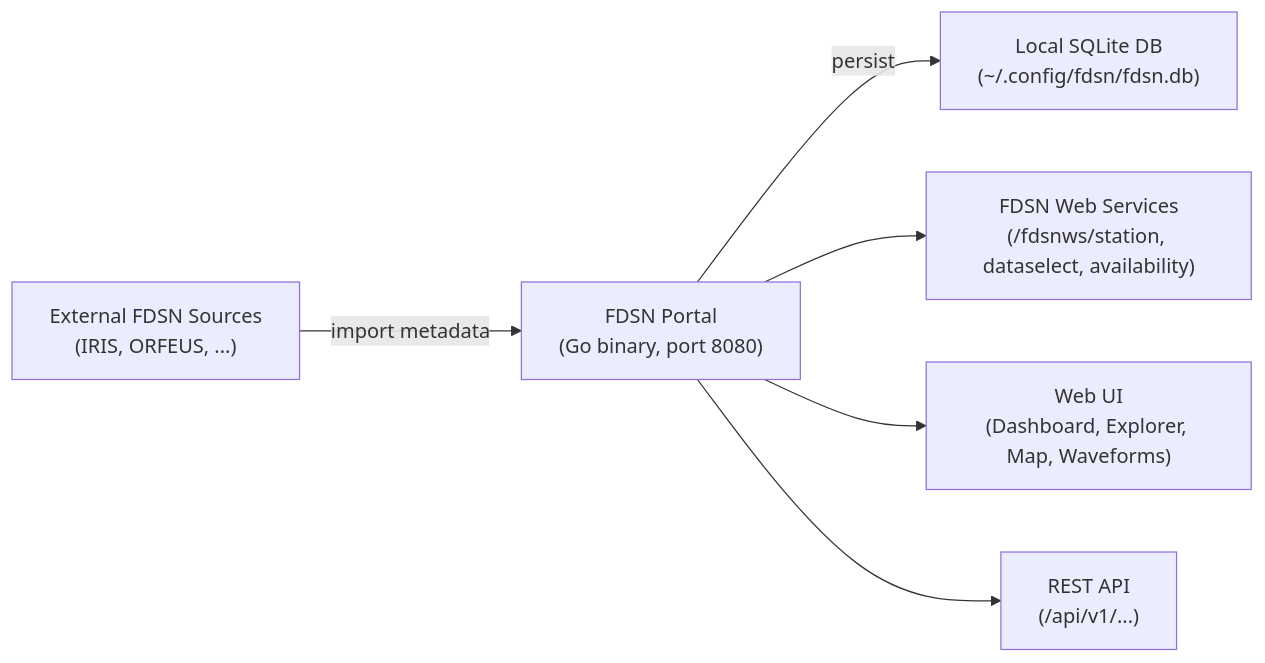
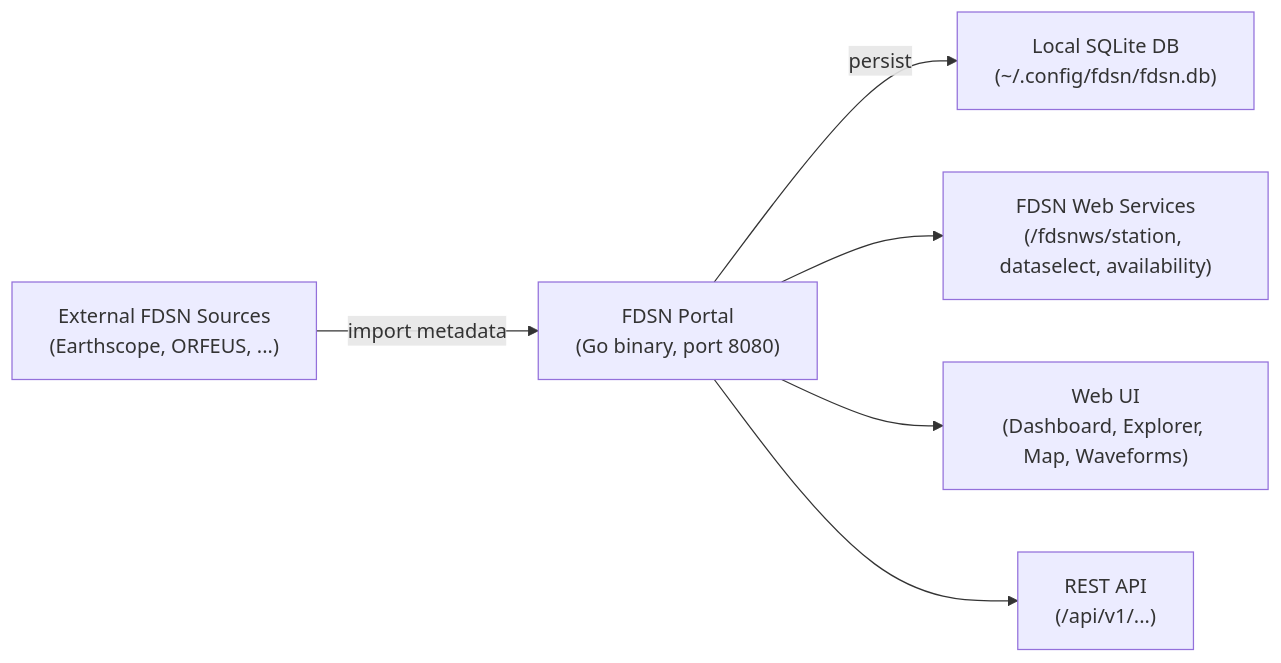
One commit to joescharf/fdsn changed the diagram in docs/docs/index.md. Above: the diagram before and after it, drawn with Mermaid. The commit also changed other lines of this file and 13 other files, not shown here.

First line of the commit message:
Add auto-open browser, source seeding, and rename IRIS to Earthscope

````diff
--- a/docs/docs/index.md
+++ b/docs/docs/index.md
@@ -30,8 +30,8 @@
 ```mermaid
 flowchart LR
-    A["External FDSN Sources\n(IRIS, ORFEUS, ...)"] -->|import metadata| B["FDSN Portal\n(Go binary, port 8080)"]
+    A["External FDSN Sources\n(Earthscope, ORFEUS, ...)"] -->|import metadata| B["FDSN Portal\n(Go binary, port 8080)"]
     B -->|persist| C["Local SQLite DB\n(~/.config/fdsn/fdsn.db)"]
     B --> D["FDSN Web Services\n(/fdsnws/station, dataselect, availability)"]
     B --> E["Web UI\n(Dashboard, Explorer, Map, Waveforms)"]
     B --> F["REST API\n(/api/v1/...)"]
 ```
````
